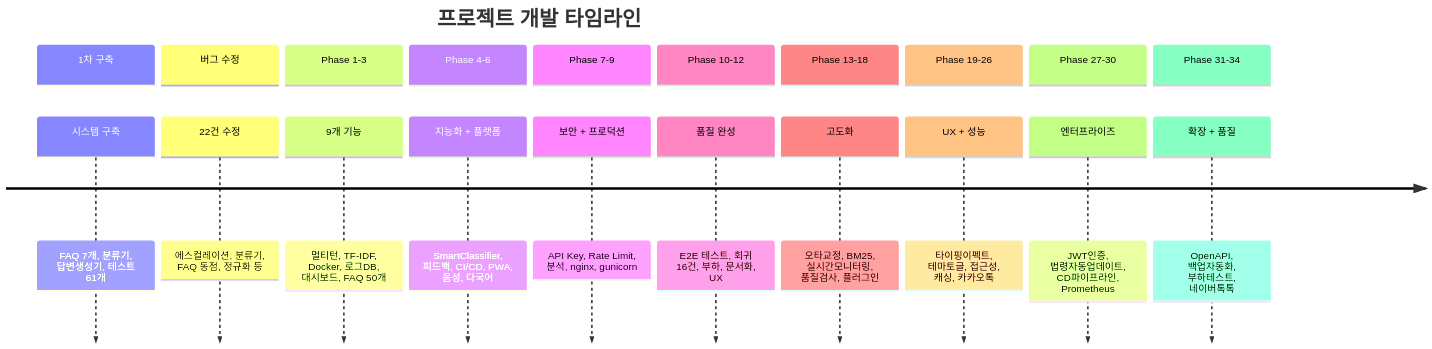
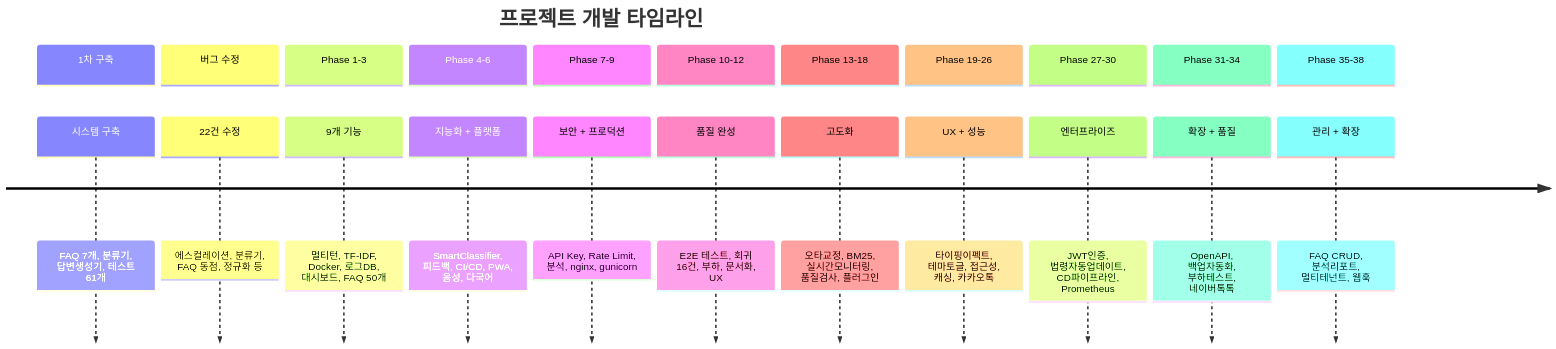
The sixth of 6 diagrams in README.md (sun475300-sudo/bonded-exhibition-chatbot-data), drawn with Mermaid before and after one commit. The commit also changed other lines of this file and 21 other files, not shown here.

````diff
--- a/README.md
+++ b/README.md
@@ -434,24 +447,26 @@
 ```mermaid
 timeline
     title 프로젝트 개발 타임라인
     section 1차 구축
         시스템 구축 : FAQ 7개, 분류기, 답변생성기, 테스트 61개
     section 버그 수정
         22건 수정 : 에스컬레이션, 분류기, FAQ 동점, 정규화 등
     section Phase 1-3
         9개 기능 : 멀티턴, TF-IDF, Docker, 로그DB, 대시보드, FAQ 50개
     section Phase 4-6
         지능화 + 플랫폼 : SmartClassifier, 피드백, CI/CD, PWA, 음성, 다국어
     section Phase 7-9
         보안 + 프로덕션 : API Key, Rate Limit, 분석, nginx, gunicorn
     section Phase 10-12
         품질 완성 : E2E 테스트, 회귀 16건, 부하, 문서화, UX
     section Phase 13-18
         고도화 : 오타교정, BM25, 실시간모니터링, 품질검사, 플러그인
     section Phase 19-26
         UX + 성능 : 타이핑이펙트, 테마토글, 접근성, 캐싱, 카카오톡
     section Phase 27-30
         엔터프라이즈 : JWT인증, 법령자동업데이트, CD파이프라인, Prometheus
     section Phase 31-34
         확장 + 품질 : OpenAPI, 백업자동화, 부하테스트, 네이버톡톡
+    section Phase 35-38
+        관리 + 확장 : FAQ CRUD, 분석리포트, 멀티테넌트, 웹훅
 ```
````
